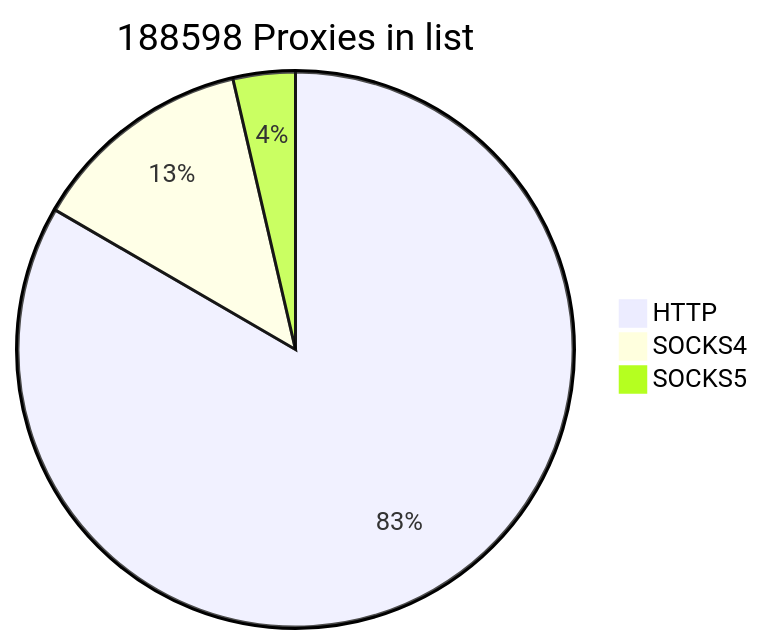
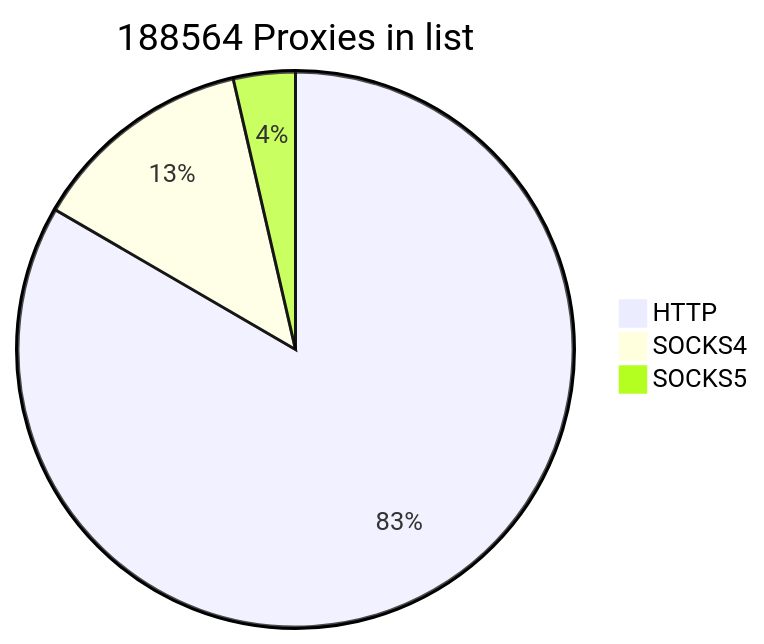
One commit to cutipu/proxylist changed the first of 2 diagrams in README.md. Above: the diagram before and after it, drawn with Mermaid. The commit also changed other lines of this file, not shown here.

````diff
--- a/README.md
+++ b/README.md
@@ -2,7 +2,7 @@
 ```mermaid
-pie title 188598 Proxies in list
-    "HTTP" : 157239
-    "SOCKS4" : 24536
-    "SOCKS5" : 6823
+pie title 188564 Proxies in list
+    "HTTP" : 157240
+    "SOCKS4" : 24535
+    "SOCKS5" : 6789
             
 ```
````
